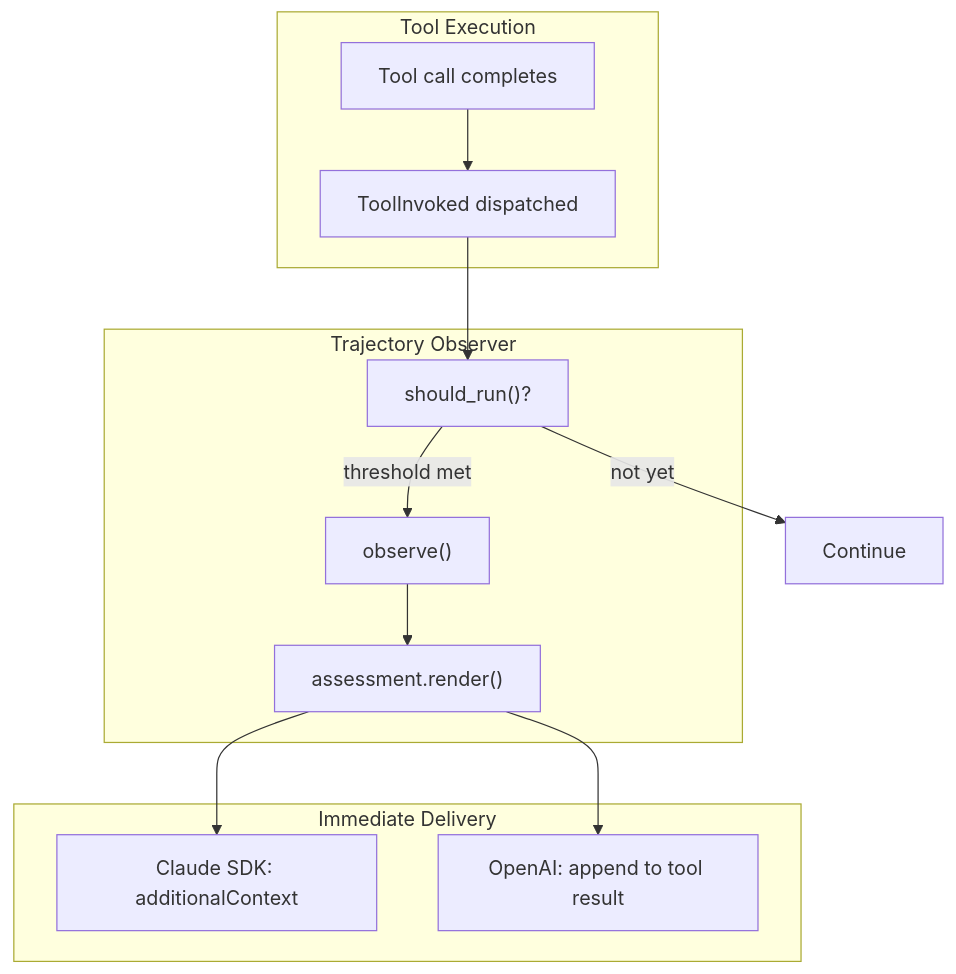
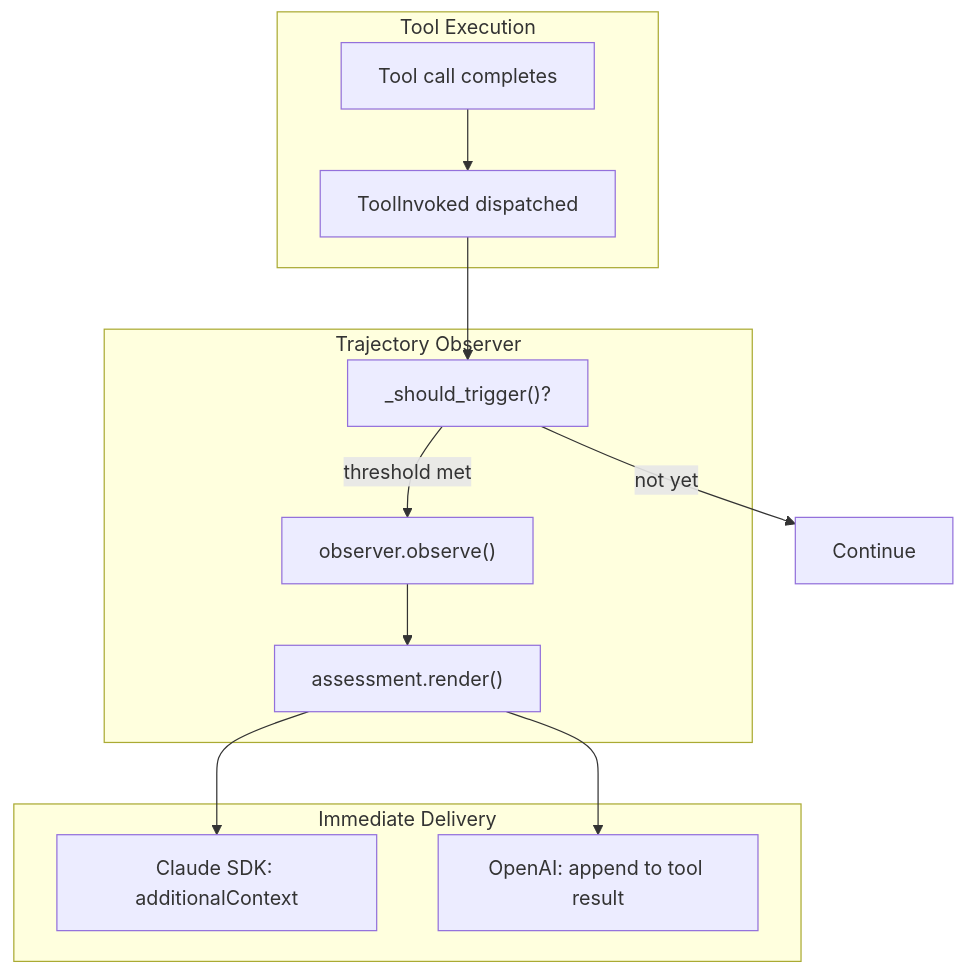
Before and after one commit to weakincentives/weakincentives: the diagram in specs/TRAJECTORY_OBSERVERS.md, drawn with Mermaid. The commit also changed other lines of this file, not shown here.

First line of the commit message:
Complete rewrite of trajectory observer spec

````diff
--- a/specs/TRAJECTORY_OBSERVERS.md
+++ b/specs/TRAJECTORY_OBSERVERS.md
@@ -21,26 +21,26 @@
 ```mermaid
 flowchart TB
     subgraph ToolExecution["Tool Execution"]
         Call["Tool call completes"]
         Dispatch["ToolInvoked dispatched"]
     end
 
     subgraph Observer["Trajectory Observer"]
-        Trigger["should_run()?"]
-        Observe["observe()"]
+        Trigger["_should_trigger()?"]
+        Run["observer.observe()"]
         Render["assessment.render()"]
     end
 
     subgraph Delivery["Immediate Delivery"]
         SDK["Claude SDK: additionalContext"]
         OpenAI["OpenAI: append to tool result"]
     end
 
     Call --> Dispatch
     Dispatch --> Trigger
-    Trigger -->|threshold met| Observe
+    Trigger -->|threshold met| Run
     Trigger -->|not yet| Done["Continue"]
-    Observe --> Render
+    Run --> Render
     Render --> SDK
     Render --> OpenAI
 ```
````
